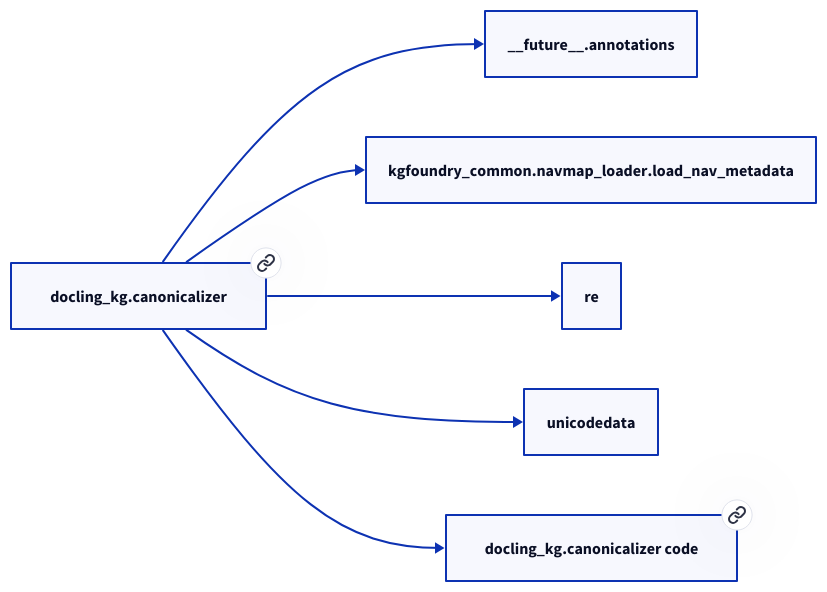
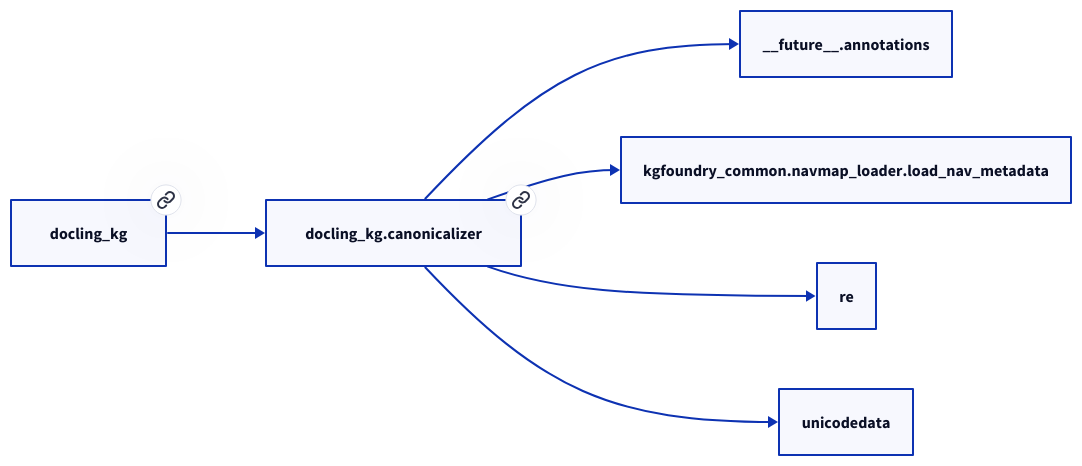
The diagram in docs/modules/docling_kg/canonicalizer.md (paul-heyse/kgforge), drawn with D2 before and after one commit. The commit also changed other lines of this file and 208 other files, not shown here.

````diff
--- a/docs/modules/docling_kg/canonicalizer.md
+++ b/docs/modules/docling_kg/canonicalizer.md
@@ -27,14 +31,14 @@
 ```d2
 direction: right
-"docling_kg.canonicalizer": "docling_kg.canonicalizer" { link: "./docling_kg/canonicalizer.md" }
+"docling_kg.canonicalizer": "docling_kg.canonicalizer" { link: "https://github.com/paul-heyse/kgfoundry/blob/main/src/docling_kg/canonicalizer.py" }
 "__future__.annotations": "__future__.annotations"
 "docling_kg.canonicalizer" -> "__future__.annotations"
 "kgfoundry_common.navmap_loader.load_nav_metadata": "kgfoundry_common.navmap_loader.load_nav_metadata"
 "docling_kg.canonicalizer" -> "kgfoundry_common.navmap_loader.load_nav_metadata"
 "re": "re"
 "docling_kg.canonicalizer" -> "re"
 "unicodedata": "unicodedata"
 "docling_kg.canonicalizer" -> "unicodedata"
-"docling_kg.canonicalizer_code": "docling_kg.canonicalizer code" { link: "https://github.com/kgfoundry/kgfoundry/blob/main/src/docling_kg/canonicalizer.py" }
-"docling_kg.canonicalizer" -> "docling_kg.canonicalizer_code" { style: dashed }
+"docling_kg": "docling_kg" { link: "https://github.com/paul-heyse/kgfoundry/blob/main/src/docling_kg/__init__.py" }
+"docling_kg" -> "docling_kg.canonicalizer" { style: dashed }
 ```
````
